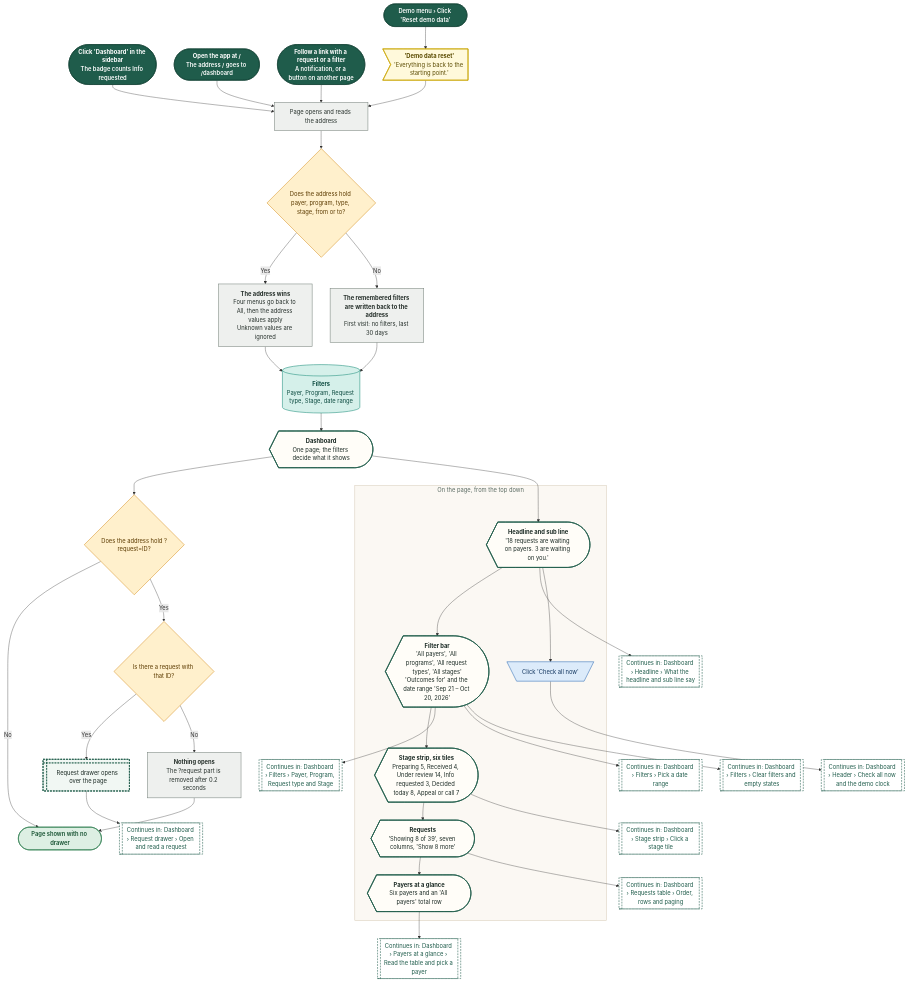
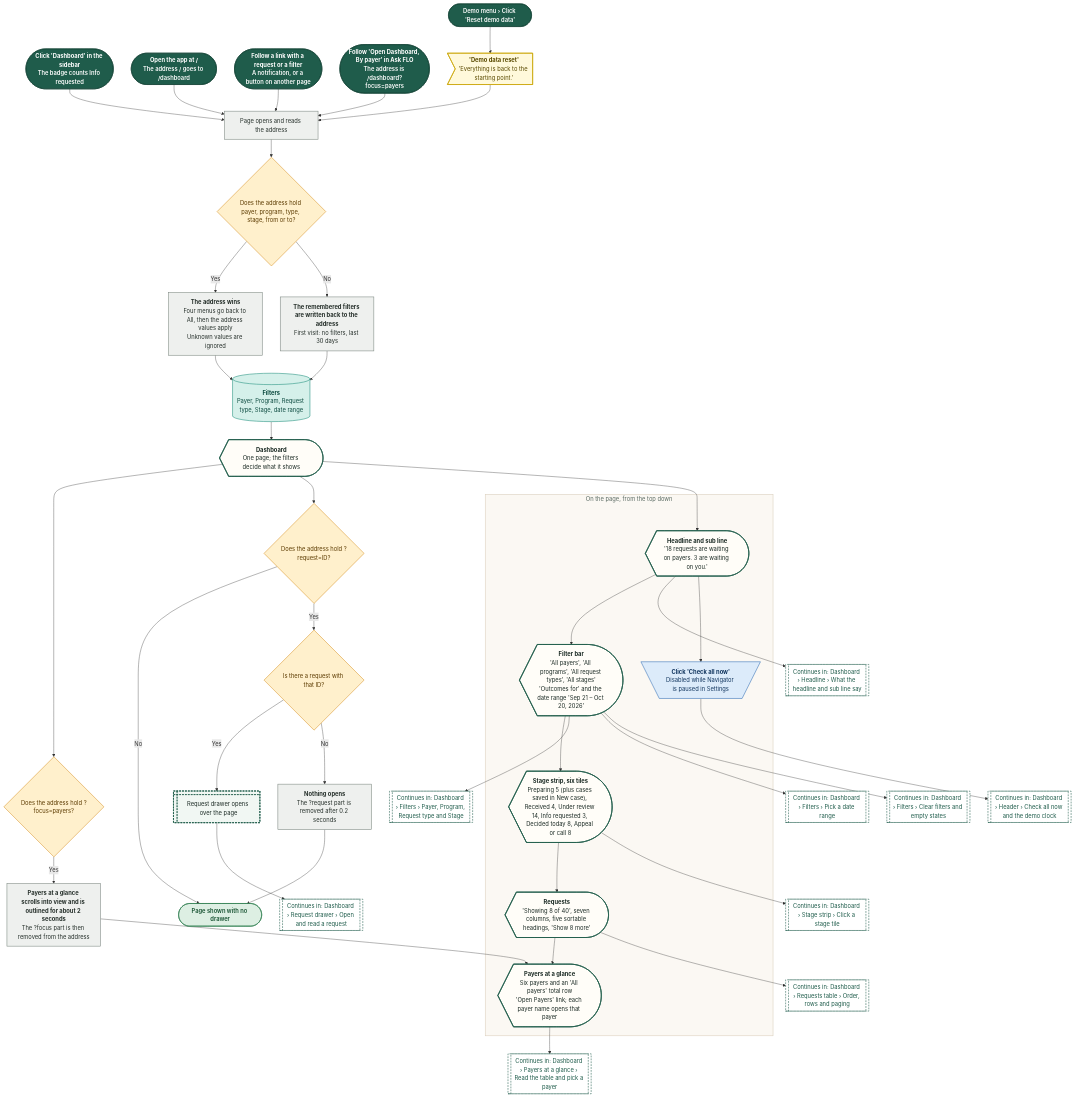
The first of 19 diagrams in demos/prior-auth-demo/workflows/out/md/02-dashboard.md (Shrav143/psyfloapp), drawn with Mermaid before and after one commit. The commit also changed other lines of this file and 195 other files, not shown here.

First line of the commit message:
docs: Rebuild workflow diagrams after the demo fixes (220 diagrams)

```diff
--- a/demos/prior-auth-demo/workflows/out/md/02-dashboard.md
+++ b/demos/prior-auth-demo/workflows/out/md/02-dashboard.md
@@ -33,6 +33,9 @@
   s2@{ shape: stadium, label: "<b>Open the app at /</b><br/>The address / goes to /dashboard" }
   s3@{ shape: stadium, label: "<b>Follow a link with a request or a filter</b><br/>A notification, or a button on another page" }
   s4@{ shape: stadium, label: "Demo menu › Click 'Reset demo data'" }
+  s5@{ shape: stadium, label: "<b>Follow 'Open Dashboard, By payer' in Ask FLO</b><br/>The address is /dashboard?focus=payers" }
+  d4@{ shape: diam, label: "Does the address hold ?focus=payers?" }
+  pf@{ shape: rect, label: "<b>Payers at a glance scrolls into view and is outlined for about 2 seconds</b><br/>The ?focus part is then removed from the address" }
   t1@{ shape: odd, label: "<b>'Demo data reset'</b><br/>'Everything is back to the starting point.'" }
   p1@{ shape: rect, label: "Page opens and reads the address" }
   d1@{ shape: diam, label: "Does the address hold payer, program, type, stage, from or to?" }
@@ -47,11 +50,11 @@
   e1@{ shape: stadium, label: "Page shown with no drawer" }
   subgraph gPage ["On the page, from the top down"]
   h1@{ shape: curv-trap, label: "<b>Headline and sub line</b><br/>'18 requests are waiting on payers. 3 are waiting on you.'" }
-  ca@{ shape: trap-t, label: "Click 'Check all now'" }
+  ca@{ shape: trap-t, label: "<b>Click 'Check all now'</b><br/>Disabled while Navigator is paused in Settings" }
   f1@{ shape: curv-trap, label: "<b>Filter bar</b><br/>'All payers', 'All programs', 'All request types', 'All stages'<br/>'Outcomes for' and the date range 'Sep 21 – Oct 20, 2026'" }
-  st@{ shape: curv-trap, label: "<b>Stage strip, six tiles</b><br/>Preparing 5, Received 4, Under review 14, Info requested 3, Decided today 8, Appeal or call 7" }
-  rq@{ shape: curv-trap, label: "<b>Requests</b><br/>'Showing 8 of 39', seven columns, 'Show 8 more'" }
-  py@{ shape: curv-trap, label: "<b>Payers at a glance</b><br/>Six payers and an 'All payers' total row" }
+  st@{ shape: curv-trap, label: "<b>Stage strip, six tiles</b><br/>Preparing 5 (plus cases saved in New case), Received 4, Under review 14, Info requested 3, Decided today 8, Appeal or call 8" }
+  rq@{ shape: curv-trap, label: "<b>Requests</b><br/>'Showing 8 of 40', seven columns, five sortable headings, 'Show 8 more'" }
+  py@{ shape: curv-trap, label: "<b>Payers at a glance</b><br/>Six payers and an 'All payers' total row<br/>'Open Payers' link; each payer name opens that payer" }
   end
   g1@{ shape: subproc, label: "Continues in: Dashboard › Request drawer › Open and read a request" }
   g2@{ shape: subproc, label: "Continues in: Dashboard › Headline › What the headline and sub line say" }
@@ -65,11 +68,14 @@
   s1 --> p1
   s2 --> p1
   s3 --> p1
+  s5 --> p1
   s4 --> t1 --> p1
   p1 --> d1
   d1 -->|"Yes"| p2 --> w1
   d1 -->|"No"| p3 --> w1
   w1 --> sc
+  sc --> d4
+  d4 -->|"Yes"| pf --> py
   sc --> d2
   d2 -->|"No"| e1
   d2 -->|"Yes"| d3
@@ -84,10 +90,10 @@
   st --> g5
   rq --> g6
   py --> g7
-  class s1,s2,s3,s4 k_start
+  class s1,s2,s3,s4,s5 k_start
+  class d4,d1,d2,d3 k_decision
+  class pf,p1,p2,p3,p4 k_process
   class t1 k_toast
-  class p1,p2,p3,p4 k_process
-  class d1,d2,d3 k_decision
   class w1 k_store
   class sc,h1,f1,st,rq,py k_screen
   class o1 k_overlay
```
